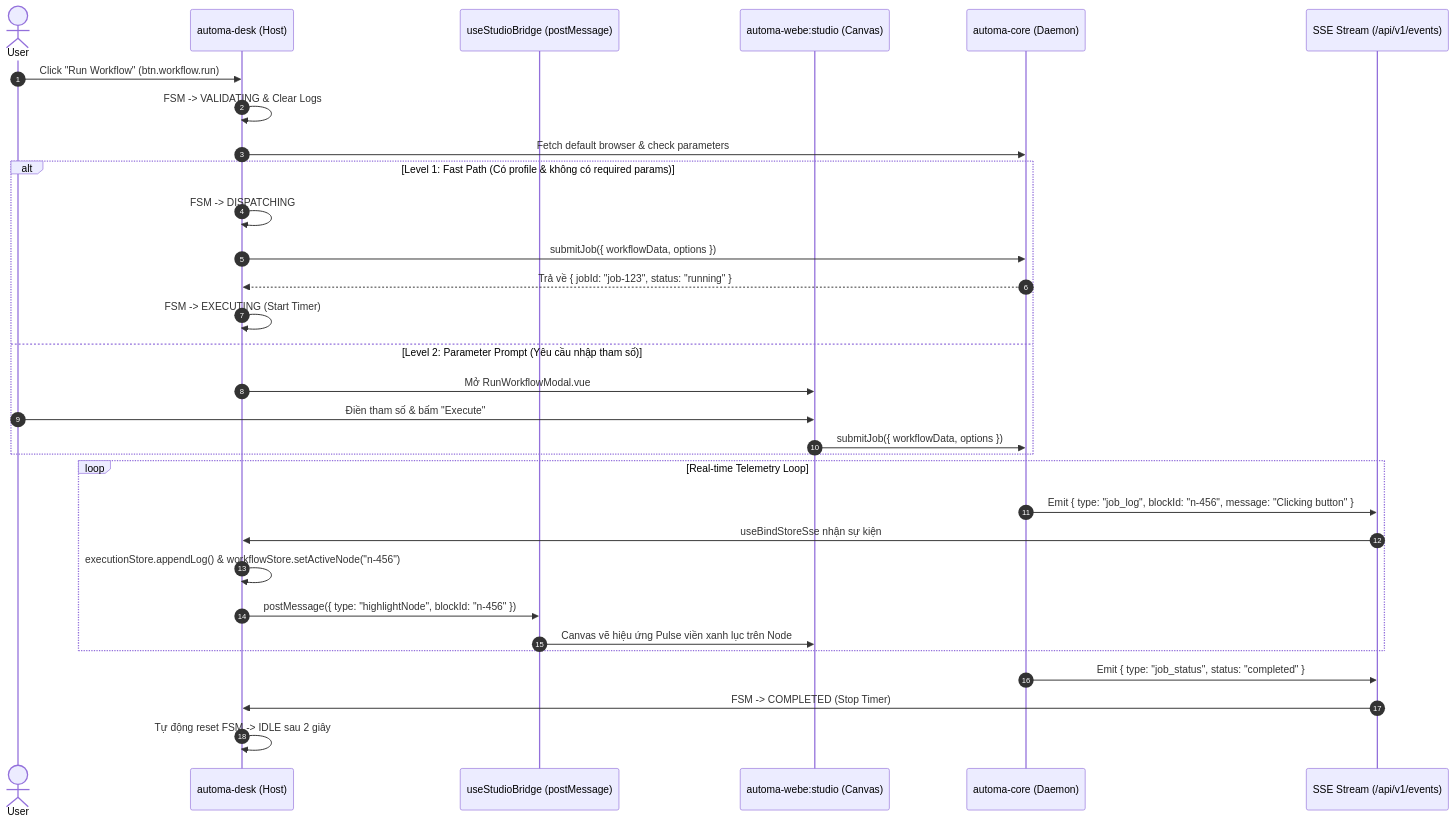
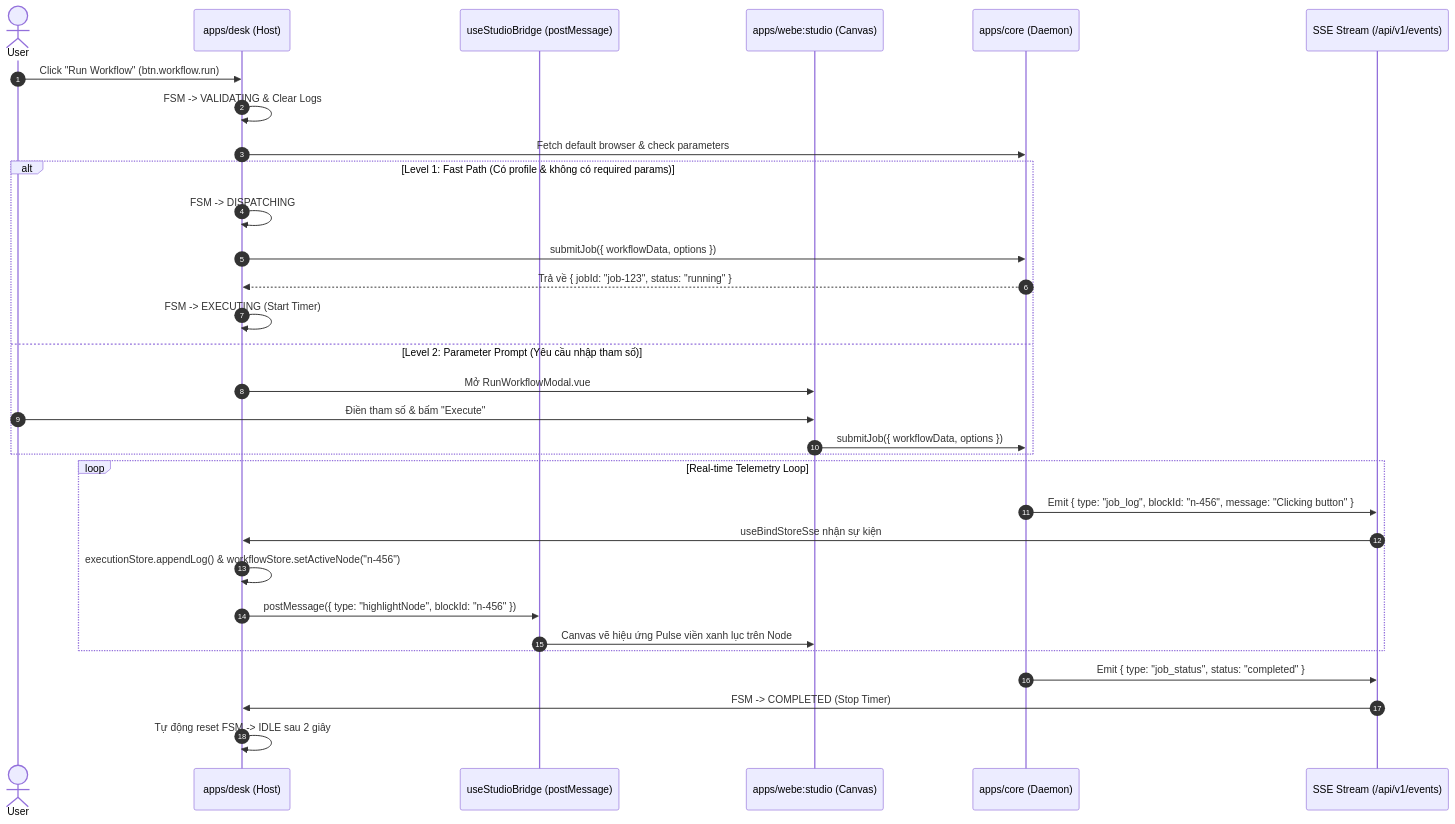
Before and after one commit to tuquet/automa: the diagram in docs/srs/SRS_MENU_STUDIO.md, drawn with Mermaid. The commit also changed other lines of this file and 48 other files, not shown here.

````diff
--- a/docs/srs/SRS_MENU_STUDIO.md
+++ b/docs/srs/SRS_MENU_STUDIO.md
@@ -104,36 +104,36 @@
 ```mermaid
 sequenceDiagram
     autonumber
     actor User
-    participant Desk as automa-desk (Host)
+    participant Desk as apps/desk (Host)
     participant Bridge as useStudioBridge (postMessage)
-    participant Studio as automa-webe:studio (Canvas)
-    participant Core as automa-core (Daemon)
+    participant Studio as apps/webe:studio (Canvas)
+    participant Core as apps/core (Daemon)
     participant SSE as SSE Stream (/api/v1/events)
 
     User->>Desk: Click "Run Workflow" (btn.workflow.run)
     Desk->>Desk: FSM -> VALIDATING & Clear Logs
     Desk->>Core: Fetch default browser & check parameters
     alt Level 1: Fast Path (Có profile & không có required params)
         Desk->>Desk: FSM -> DISPATCHING
         Desk->>Core: submitJob({ workflowData, options })
         Core-->>Desk: Trả về { jobId: "job-123", status: "running" }
         Desk->>Desk: FSM -> EXECUTING (Start Timer)
     else Level 2: Parameter Prompt (Yêu cầu nhập tham số)
         Desk->>Studio: Mở RunWorkflowModal.vue
         User->>Studio: Điền tham số & bấm "Execute"
         Studio->>Core: submitJob({ workflowData, options })
     end
 
     loop Real-time Telemetry Loop
         Core->>SSE: Emit { type: "job_log", blockId: "n-456", message: "Clicking button" }
         SSE->>Desk: useBindStoreSse nhận sự kiện
         Desk->>Desk: executionStore.appendLog() & workflowStore.setActiveNode("n-456")
         Desk->>Bridge: postMessage({ type: "highlightNode", blockId: "n-456" })
         Bridge->>Studio: Canvas vẽ hiệu ứng Pulse viền xanh lục trên Node
     end
 
     Core->>SSE: Emit { type: "job_status", status: "completed" }
     SSE->>Desk: FSM -> COMPLETED (Stop Timer)
     Desk->>Desk: Tự động reset FSM -> IDLE sau 2 giây
 ```
````
